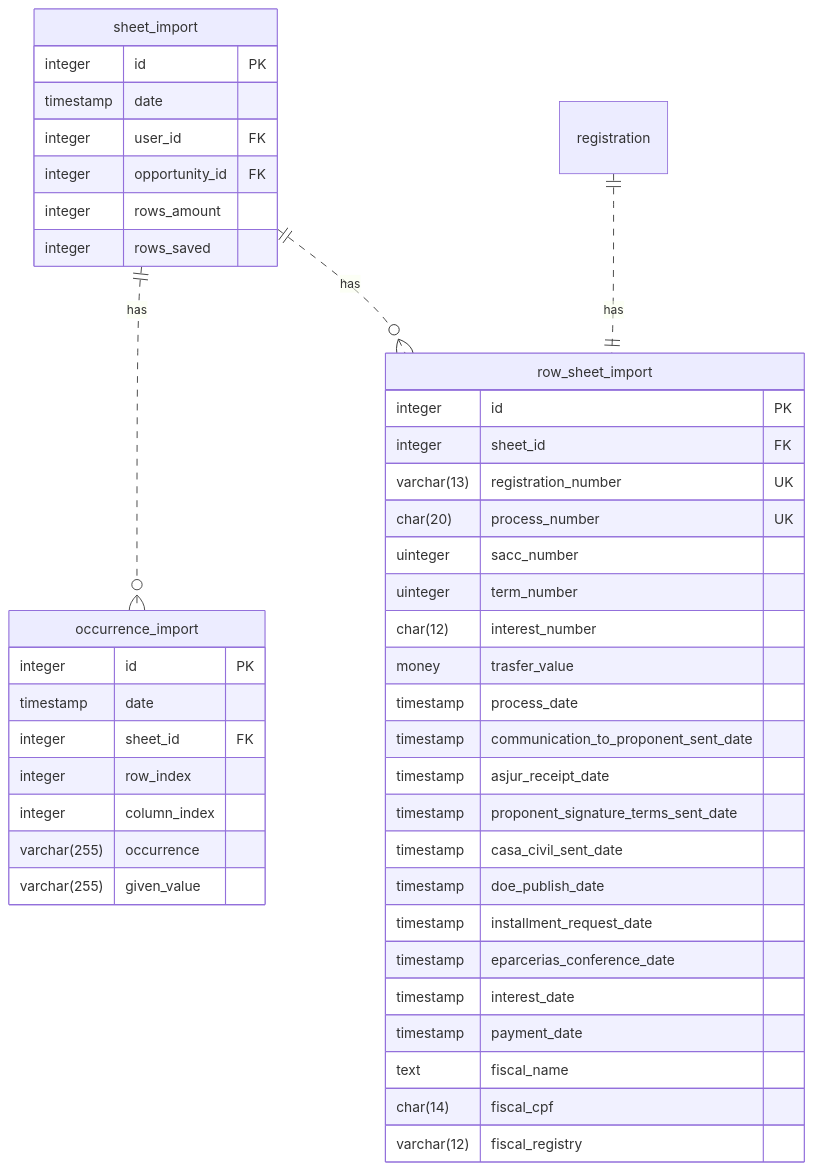
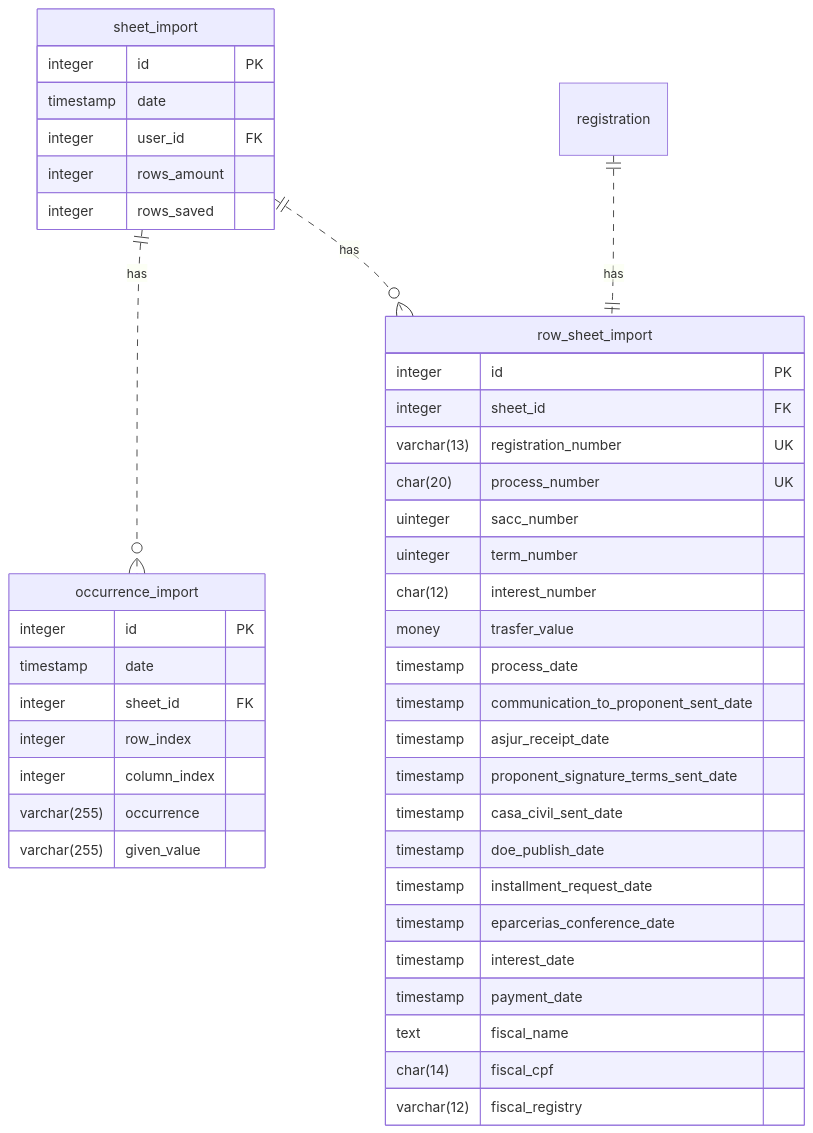
Before and after one commit to secultce/plugin-BigSheetImporter: the diagram in README.md, drawn with Mermaid. The commit also changed 8 other files, not shown here.

````diff
--- a/README.md
+++ b/README.md
@@ -7,47 +7,46 @@
 ```mermaid
 erDiagram
 s ||..o{ o : has
 s ||..o{ r : has
 registration ||..|| r : has
 
 s[sheet_import]{
     integer       id                      PK
     timestamp     date
     integer       user_id                 FK
-    integer       opportunity_id          FK
     integer       rows_amount
     integer       rows_saved
 }
 o[occurrence_import]{
     integer       id                      PK
     timestamp     date
     integer       sheet_id                FK
     integer       row_index
     integer       column_index
     varchar(255)  occurrence
     varchar(255)  given_value
 }
 r[row_sheet_import]{
     integer       id                      PK
     integer       sheet_id                FK
     varchar(13)   registration_number     UK
     char(20)      process_number          UK
     uinteger      sacc_number
     uinteger      term_number
     char(12)      interest_number
     money         trasfer_value
     timestamp     process_date
     timestamp     communication_to_proponent_sent_date
     timestamp     asjur_receipt_date
     timestamp     proponent_signature_terms_sent_date
     timestamp     casa_civil_sent_date
     timestamp     doe_publish_date
     timestamp     installment_request_date
     timestamp     eparcerias_conference_date
     timestamp     interest_date
     timestamp     payment_date
     text          fiscal_name
     char(14)      fiscal_cpf
     varchar(12)   fiscal_registry
 }
 ```
````
